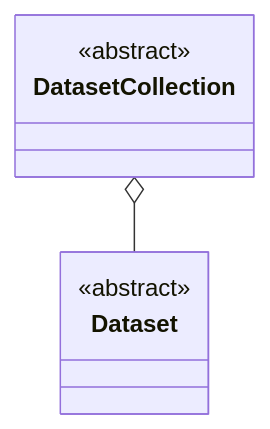
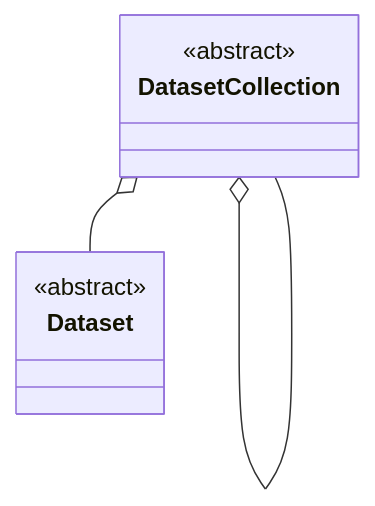
Before and after one commit to ZEN-universe/ZEN-creator: the third of 3 diagrams in docs/files/quick_start/logic_and_structure.rst, drawn with Mermaid. The commit also changed other lines of this file and 337 other files, not shown here.

```diff
--- a/docs/files/quick_start/logic_and_structure.rst
+++ b/docs/files/quick_start/logic_and_structure.rst
@@ -147,11 +168,12 @@
 .. mermaid::
    :zoom:
 
    classDiagram
        class Dataset
        class DatasetCollection
 
        <<abstract>> Dataset
        <<abstract>> DatasetCollection
 
        DatasetCollection o-- Dataset
+       DatasetCollection o-- DatasetCollection
```
